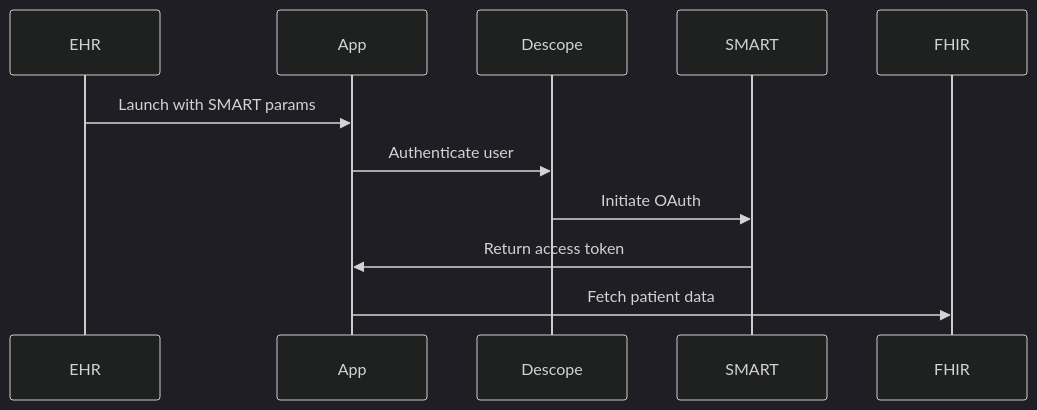
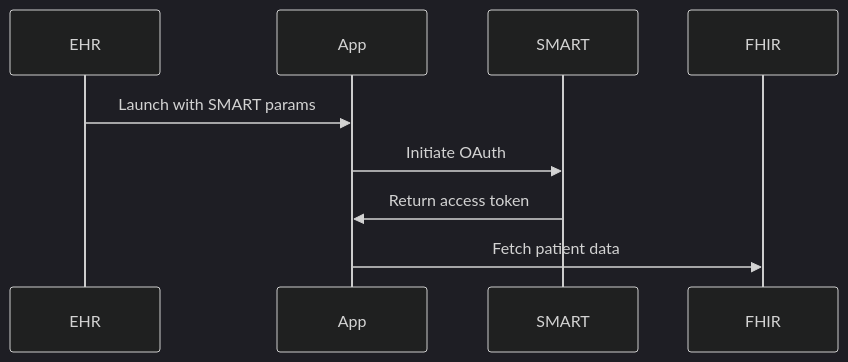
The diagram in README.md (maskaravivek/descope-smart-fhir), drawn with Mermaid (dark theme) before and after one commit. The commit also changed other lines of this file and 6 other files, not shown here.

````diff
--- a/README.md
+++ b/README.md
@@ -60,8 +47,7 @@
 ```mermaid
 sequenceDiagram
     EHR->>App: Launch with SMART params
-    App->>Descope: Authenticate user
-    Descope->>SMART: Initiate OAuth
+    App->>SMART: Initiate OAuth
     SMART->>App: Return access token
     App->>FHIR: Fetch patient data
 ```
````
